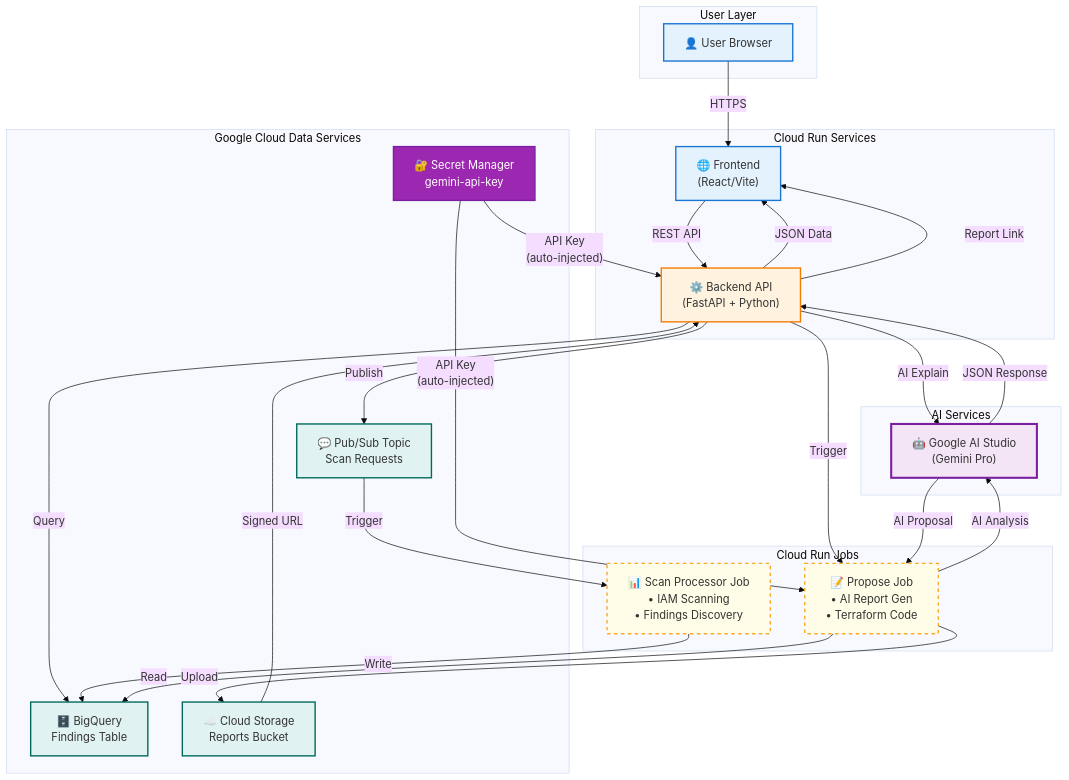
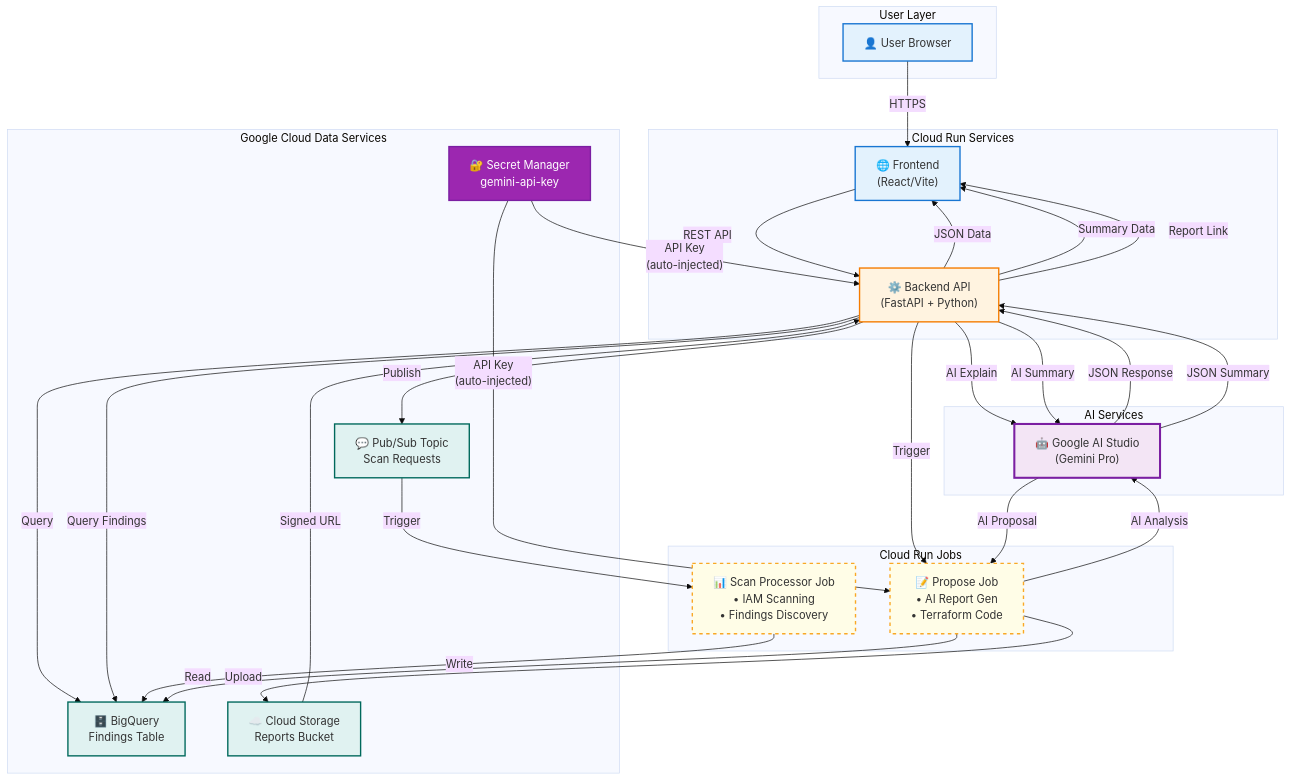
Before and after one commit to prabhakaran-jm/zero-trust-explainer: the diagram in docs/architecture-diagram.mmd, drawn with Mermaid (base theme). The commit also changed 3 other files, not shown here.

First line of the commit message:
Update documentation: Add AI Summary feature to architecture diagrams

```diff
--- a/docs/architecture-diagram.mmd
+++ b/docs/architecture-diagram.mmd
@@ -1,68 +1,74 @@
 graph TB
     subgraph "User Layer"
         User[👤 User Browser]
     end
 
     subgraph "Cloud Run Services"
         Frontend["🌐 Frontend<br/>(React/Vite)"]
         Backend["⚙️ Backend API<br/>(FastAPI + Python)"]
     end
 
     subgraph "AI Services"
         AI["🤖 Google AI Studio<br/>(Gemini Pro)"]
     end
 
     subgraph "Cloud Run Jobs"
         ScanJob["📊 Scan Processor Job<br/>• IAM Scanning<br/>• Findings Discovery"]
         ProposeJob["📝 Propose Job<br/>• AI Report Gen<br/>• Terraform Code"]
     end
 
     subgraph "Google Cloud Data Services"
         PubSub["💬 Pub/Sub Topic<br/>Scan Requests"]
         BigQuery["🗄️ BigQuery<br/>Findings Table"]
         GCS["☁️ Cloud Storage<br/>Reports Bucket"]
         Secrets["🔐 Secret Manager<br/>gemini-api-key"]
     end
 
     %% User Flow
     User -->|HTTPS| Frontend
     Frontend -->|REST API| Backend
 
     %% Secret Manager Flow
     Secrets -->|"API Key<br/>(auto-injected)"| Backend
     Secrets -->|"API Key<br/>(auto-injected)"| ProposeJob
     
     %% AI Explain Flow
     Backend -->|"AI Explain"| AI
     AI -->|JSON Response| Backend
     Backend -->|Query| BigQuery
     Backend -->|JSON Data| Frontend
 
+    %% AI Summary Flow
+    Backend -->|"AI Summary"| AI
+    AI -->|JSON Summary| Backend
+    Backend -->|Query Findings| BigQuery
+    Backend -->|Summary Data| Frontend
+
     %% Scan Workflow
     Backend -->|Publish| PubSub
     PubSub -->|Trigger| ScanJob
     ScanJob -->|Write| BigQuery
 
     %% Propose Workflow
     Backend -->|Trigger| ProposeJob
     ProposeJob -->|Read| BigQuery
     ProposeJob -->|AI Analysis| AI
     AI -->|AI Proposal| ProposeJob
     ProposeJob -->|Upload| GCS
     GCS -->|Signed URL| Backend
     Backend -->|Report Link| Frontend
 
     %% Styling
     classDef userLayer fill:#E3F2FD,stroke:#1976D2,stroke-width:2px
     classDef computeLayer fill:#FFF3E0,stroke:#F57C00,stroke-width:2px
     classDef aiLayer fill:#F3E5F5,stroke:#7B1FA2,stroke-width:3px
     classDef secretLayer fill:#9C27B0,stroke:#7B1FA2,stroke-width:2px,color:#fff
     classDef dataLayer fill:#E0F2F1,stroke:#00695C,stroke-width:2px
     classDef jobLayer fill:#FFFDE7,stroke:#F9A825,stroke-width:2px,stroke-dasharray: 5 5
 
     class User,Frontend userLayer
     class Backend computeLayer
     class AI aiLayer
     class Secrets secretLayer
     class PubSub,BigQuery,GCS dataLayer
     class ScanJob,ProposeJob jobLayer
```
